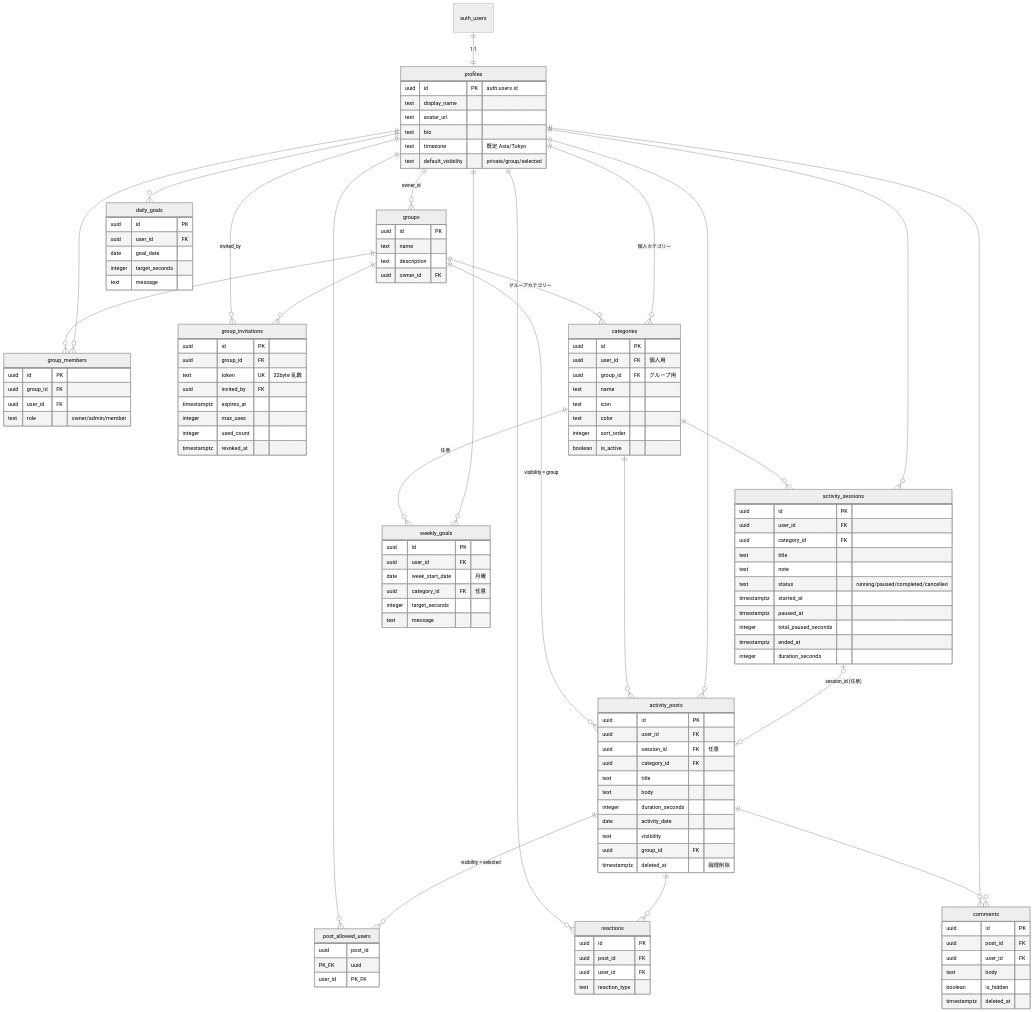
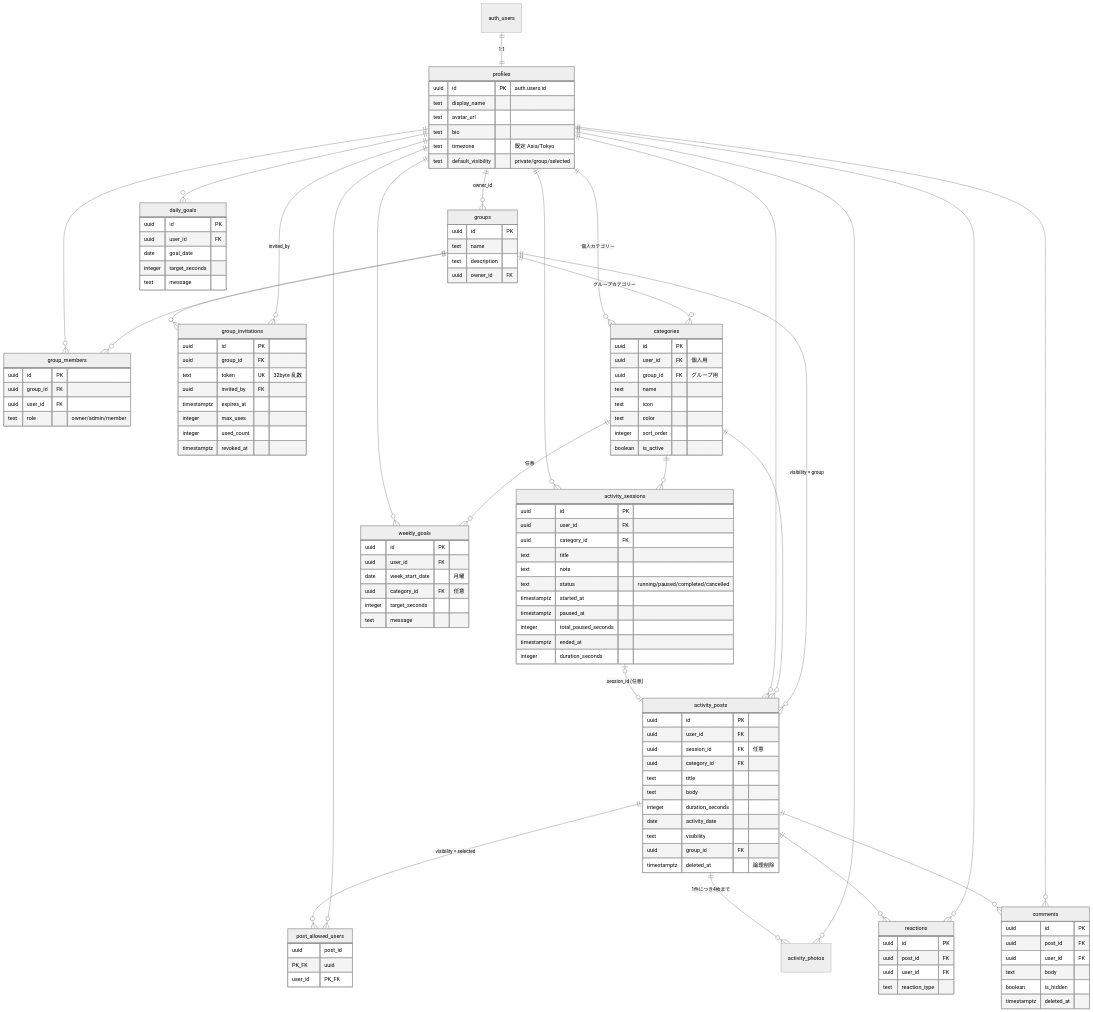
One commit to obertbt/hangman changed the diagram in hearth-growth/docs/DESIGN.md. Above: the diagram before and after it, drawn with Mermaid (neutral theme). The commit also changed other lines of this file and 46 other files, not shown here.

```diff
--- a/hearth-growth/docs/DESIGN.md
+++ b/hearth-growth/docs/DESIGN.md
@@ -70,6 +70,8 @@
     groups   ||--o{ activity_posts : "visibility = group"
     activity_posts ||--o{ post_allowed_users : "visibility = selected"
     profiles ||--o{ post_allowed_users : ""
+    activity_posts ||--o{ activity_photos : "1件につき4枚まで"
+    profiles ||--o{ activity_photos : ""
     activity_posts ||--o{ reactions : ""
     profiles ||--o{ reactions : ""
     activity_posts ||--o{ comments : ""
```
